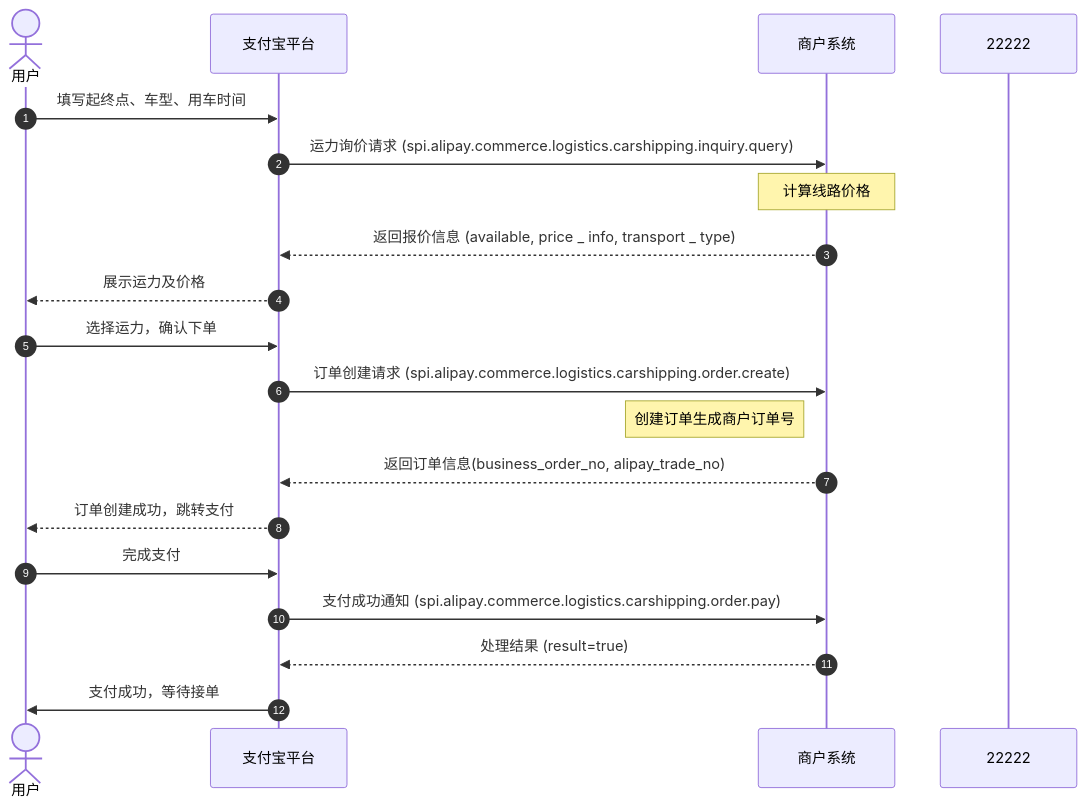
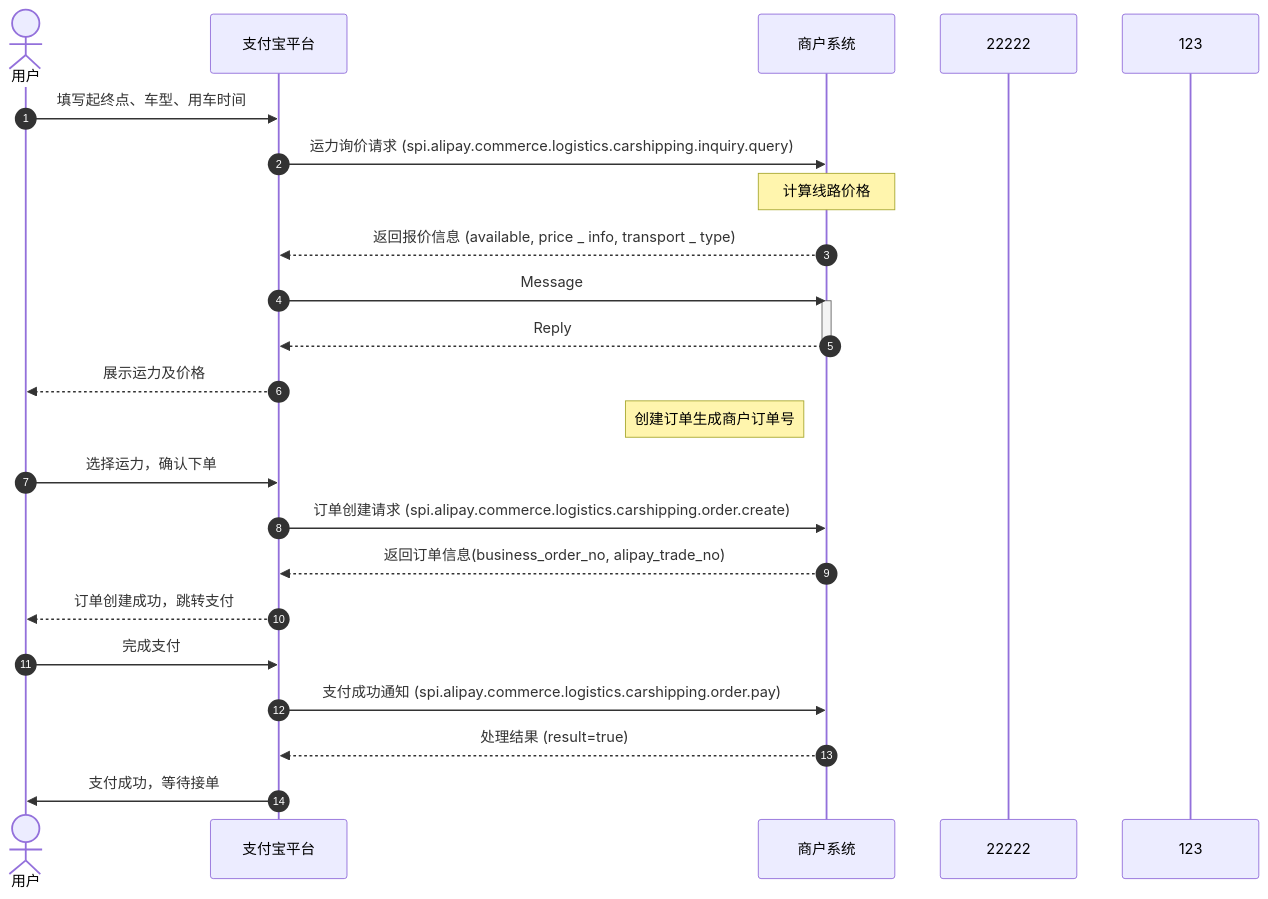
One commit to pingpm/mermaid_vault changed the diagram in notes/test_dba1b258-be6a-414c-9967-aedbcccfa44f.md. Above: the diagram before and after it, drawn with Mermaid. The commit also changed 2 other files, not shown here.

Commit message:
Sync Mermaid Studio data (8 diagrams)

````diff
--- a/notes/test_dba1b258-be6a-414c-9967-aedbcccfa44f.md
+++ b/notes/test_dba1b258-be6a-414c-9967-aedbcccfa44f.md
@@ -3,23 +3,28 @@
 ```mermaid
 sequenceDiagram
   autonumber
   actor p0 as 用户
   participant p1 as 支付宝平台
   participant p2 as 商户系统
   participant p3 as 22222
+  participant p4 as 123
   p0->>p1: 填写起终点、⻋型、⽤⻋时间
   p1->>p2: 运⼒询价请求 (spi.alipay.commerce.logistics.carshipping.inquiry.query)
   Note over p2: 计算线路价格
   p2-->>p1: 返回报价信息 (available, price _ info, transport _ type)
+  p1->>p2: Message
+  activate p2
+  p2-->>p1: Reply
+  deactivate p2
   p1-->>p0: 展示运⼒及价格
+  Note left of p2: 创建订单⽣成商户订单号
   p0->>p1: 选择运⼒，确认下单
   p1->>p2: 订单创建请求 (spi.alipay.commerce.logistics.carshipping.order.create)
-  Note left of p2: 创建订单⽣成商户订单号
   p2-->>p1: 返回订单信息(business_order_no, alipay_trade_no)
   p1-->>p0: 订单创建成功，跳转⽀付
   p0->>p1: 完成⽀付
   p1->>p2: ⽀付成功通知 (spi.alipay.commerce.logistics.carshipping.order.pay)
   p2-->>p1: 处理结果 (result=true)
   p1->>p0: ⽀付成功，等待接单
 
 ```
````
